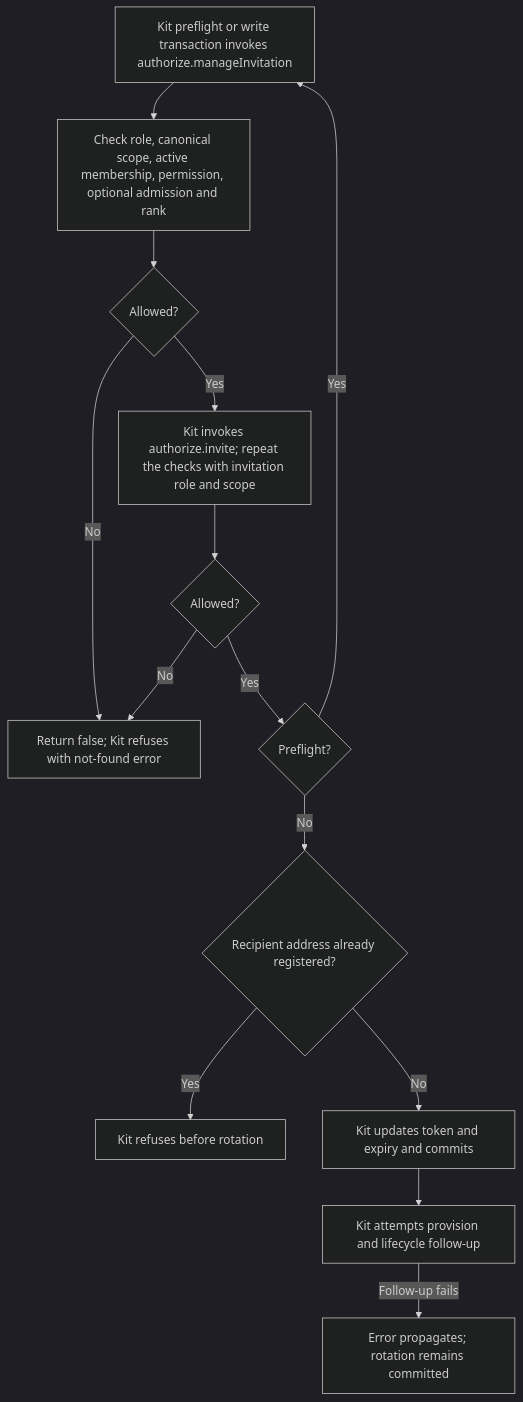
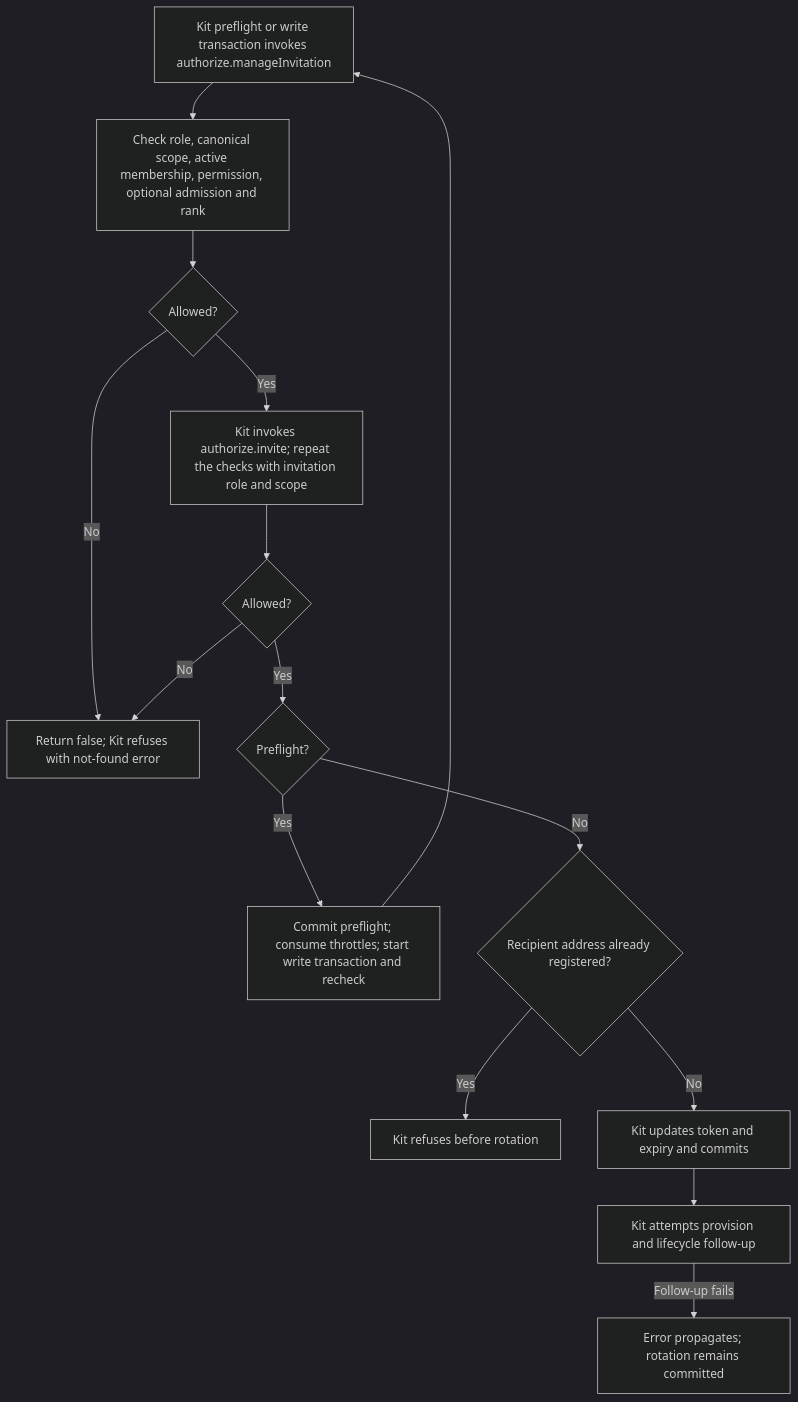
One commit to Kevinjohn/oss-adonisjs-access-control changed the second of 2 diagrams in user-stories/US-ACCESS-23-resend-invitation.md. Above: the diagram before and after it, drawn with Mermaid (dark theme). The commit also changed 1 other file, not shown here.

Commit message:
Clarify invitation and provider flow branches

````diff
--- a/user-stories/US-ACCESS-23-resend-invitation.md
+++ b/user-stories/US-ACCESS-23-resend-invitation.md
@@ -34,16 +34,17 @@
 ```mermaid
 flowchart TD
     A["Kit preflight or write transaction invokes authorize.manageInvitation"] --> B["Check role, canonical scope, active membership, permission, optional admission and rank"]
     B --> D{"Allowed?"}
     D -->|No| E["Return false; Kit refuses with not-found error"]
     D -->|Yes| C["Kit invokes authorize.invite; repeat the checks with invitation role and scope"]
     C --> Q{"Allowed?"}
     Q -->|No| E
     Q -->|Yes| P{"Preflight?"}
-    P -->|Yes| A
+    P -->|Yes| W["Commit preflight; consume throttles; start write transaction and recheck"]
+    W --> A
     P -->|No| R{"Recipient address already registered?"}
     R -->|Yes| X["Kit refuses before rotation"]
     R -->|No| F["Kit updates token and expiry and commits"]
     F --> G["Kit attempts provision and lifecycle follow-up"]
     G -->|Follow-up fails| H["Error propagates; rotation remains committed"]
 ```
````
